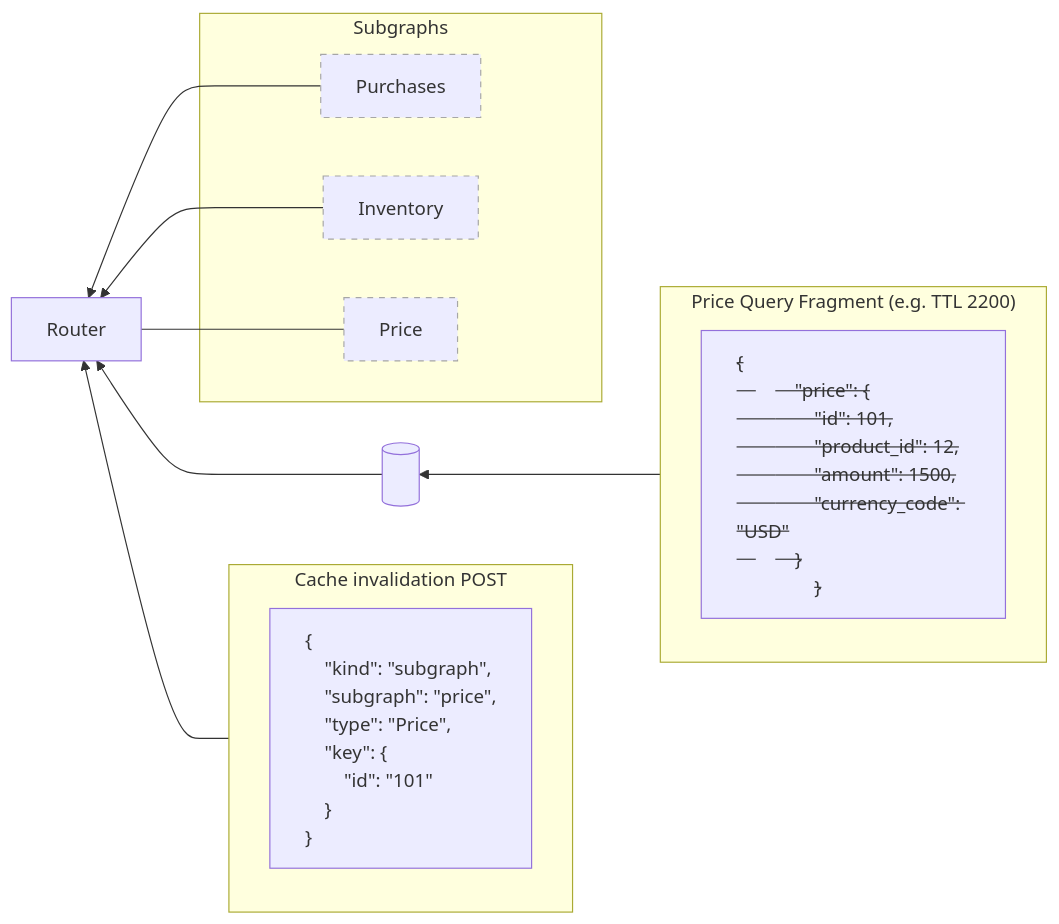
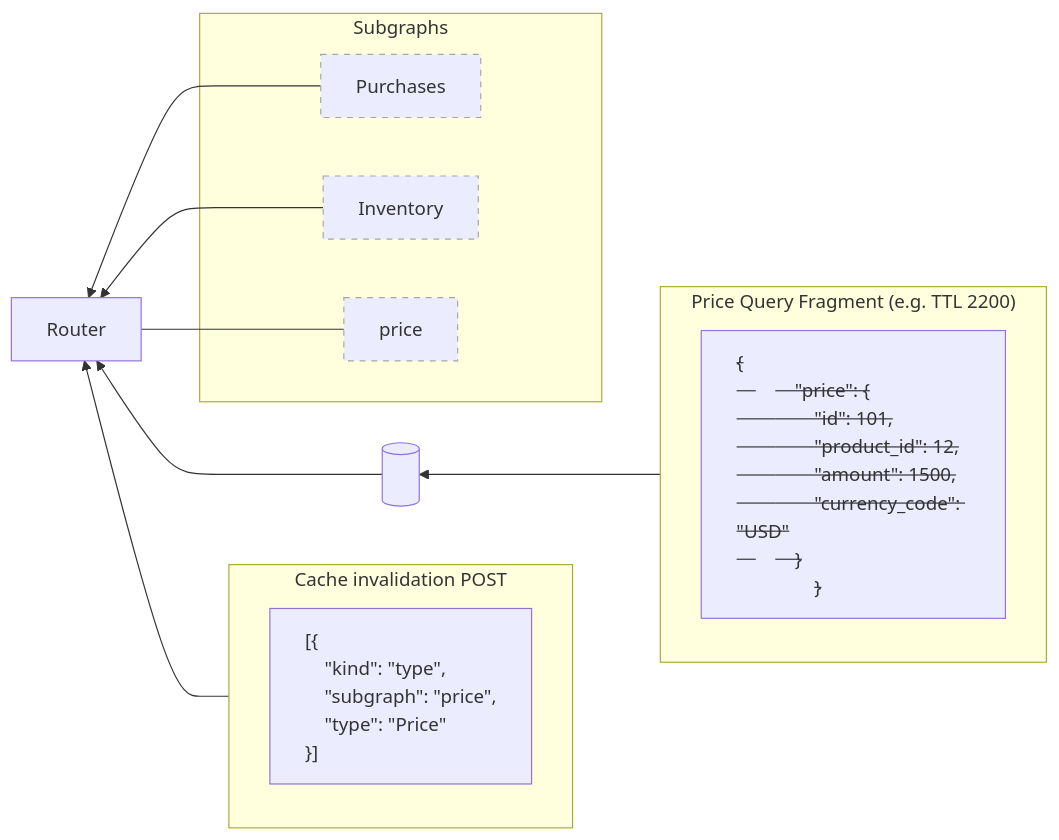
Before and after one commit to apollographql/router: the diagram in docs/source/routing/performance/caching/response-caching/invalidation.mdx, drawn with Mermaid. The commit also changed other lines of this file, not shown here.

Commit message:
Fix cache invalidation payload examples DXM-107
The mermaid diagram example showed an invalid payload with `kind: subgraph`
combined with `type` and `key` fields, which would be rejected by the router
with a 400 error due to `deny_unknown_fields`. The example should use
`kind: type` (which accepts `subgraph` and `type` fields) to illustrate
invalidating all cached entries for a specific entity type.

Also corrects the response status code from `201 OK` to `202 Accepted`,
matching the actual `StatusCode::ACCEPTED` returned by the invalidation
endpoint handler in `response_cache/invalidation_endpoint.rs`.

````diff
--- a/docs/source/routing/performance/caching/response-caching/invalidation.mdx
+++ b/docs/source/routing/performance/caching/response-caching/invalidation.mdx
@@ -220,46 +220,43 @@
 ```mermaid
 flowchart RL
 	subgraph QueryResponse["Cache invalidation POST"]
-		n1["{
-			&nbsp;&nbsp;&nbsp;&nbsp;&quot;kind&quot;: &quot;subgraph&quot;,
+		n1["[{
+			&nbsp;&nbsp;&nbsp;&nbsp;&quot;kind&quot;: &quot;type&quot;,
 			&nbsp;&nbsp;&nbsp;&nbsp;&quot;subgraph&quot;: &quot;price&quot;,
-			&nbsp;&nbsp;&nbsp;&nbsp;&quot;type&quot;: &quot;Price&quot;,
-			&nbsp;&nbsp;&nbsp;&nbsp;&quot;key&quot;: {
-			&nbsp;&nbsp;&nbsp;&nbsp;&nbsp;&nbsp;&nbsp;&nbsp;&quot;id&quot;: &quot;101&quot;
-			&nbsp;&nbsp;&nbsp;&nbsp;}
-		}"]
+			&nbsp;&nbsp;&nbsp;&nbsp;&quot;type&quot;: &quot;Price&quot;
+		}]"]
     end
 
 	subgraph Subgraphs["Subgraphs"]
 		Purchases["Purchases"]
 		Inventory["Inventory"]
-		Price["Price"]
+		Price["price"]
 	end
 
 	subgraph PriceQueryFragment["Price Query Fragment (e.g. TTL 2200)"]
 		n2["<del>{
     	&nbsp;&nbsp;&nbsp;&nbsp;&quot;price&quot;: {
         &nbsp;&nbsp;&nbsp;&nbsp;&nbsp;&nbsp;&nbsp;&nbsp;&quot;id&quot;: 101,
         &nbsp;&nbsp;&nbsp;&nbsp;&nbsp;&nbsp;&nbsp;&nbsp;&quot;product_id&quot;: 12,
         &nbsp;&nbsp;&nbsp;&nbsp;&nbsp;&nbsp;&nbsp;&nbsp;&quot;amount&quot;: 1500,
         &nbsp;&nbsp;&nbsp;&nbsp;&nbsp;&nbsp;&nbsp;&nbsp;&quot;currency_code&quot;: &quot;USD&quot;
     	&nbsp;&nbsp;&nbsp;&nbsp;}
 		}</del>"]
 	end
 
 	Router
 	Database[("&nbsp;&nbsp;&nbsp;&nbsp;")]
 
     QueryResponse --> Router
 	Purchases --> Router
 	Inventory --> Router
 	Price --- Router
 	PriceQueryFragment --> Database
 	Database --> Router
 
 	style n1 text-align:left
 	style Price border:none,stroke-width:1px,stroke-dasharray:5 5,stroke:#A6A6A6
 	style Purchases border:none,stroke-width:1px,stroke-dasharray:5 5,stroke:#A6A6A6
 	style Inventory border:none,stroke-width:1px,stroke-dasharray:5 5,stroke:#A6A6A6
 	style n2 text-align:left
 ```
````
